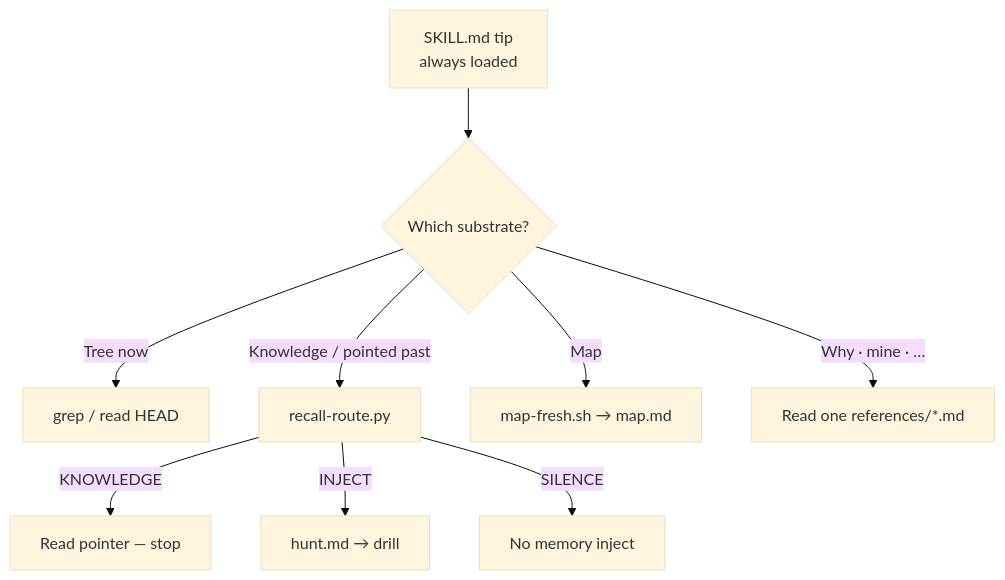
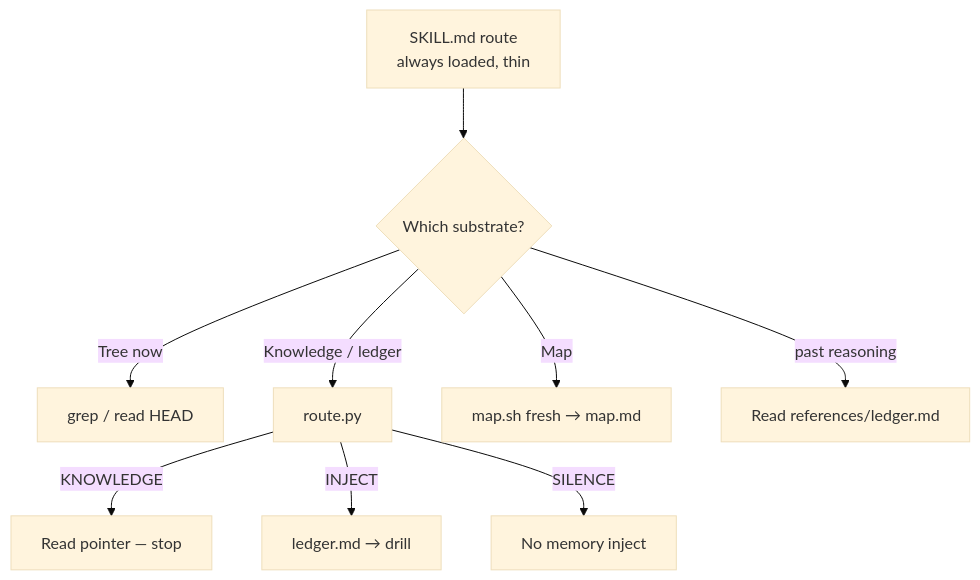
One commit to rekal-dev/rekal-cli changed the second of 3 diagrams in README.md. Above: the diagram before and after it, drawn with Mermaid (base theme). The commit also changed other lines of this file and 25 other files, not shown here.

First line of the commit message:
skill: ground-up redesign — thin route, three homes (17 files -> 8)

````diff
--- a/README.md
+++ b/README.md
@@ -269,12 +269,12 @@
 ```mermaid
 flowchart TB
-    tip["SKILL.md tip<br/>always loaded"]
+    tip["SKILL.md route<br/>always loaded, thin"]
     tip --> triage{"Which substrate?"}
     triage -->|Tree now| grep["grep / read HEAD"]
-    triage -->|Knowledge / pointed past| route["recall-route.py"]
-    triage -->|Map| mapf["map-fresh.sh → map.md"]
-    triage -->|Why · mine · …| ref["Read one references/*.md"]
+    triage -->|Knowledge / ledger| route["route.py"]
+    triage -->|Map| mapf["map.sh fresh → map.md"]
+    triage -->|past reasoning| ref["Read references/ledger.md"]
     route -->|KNOWLEDGE| readk["Read pointer — stop"]
-    route -->|INJECT| hunt["hunt.md → drill"]
+    route -->|INJECT| drill["ledger.md → drill"]
     route -->|SILENCE| quiet["No memory inject"]
 ```
````
